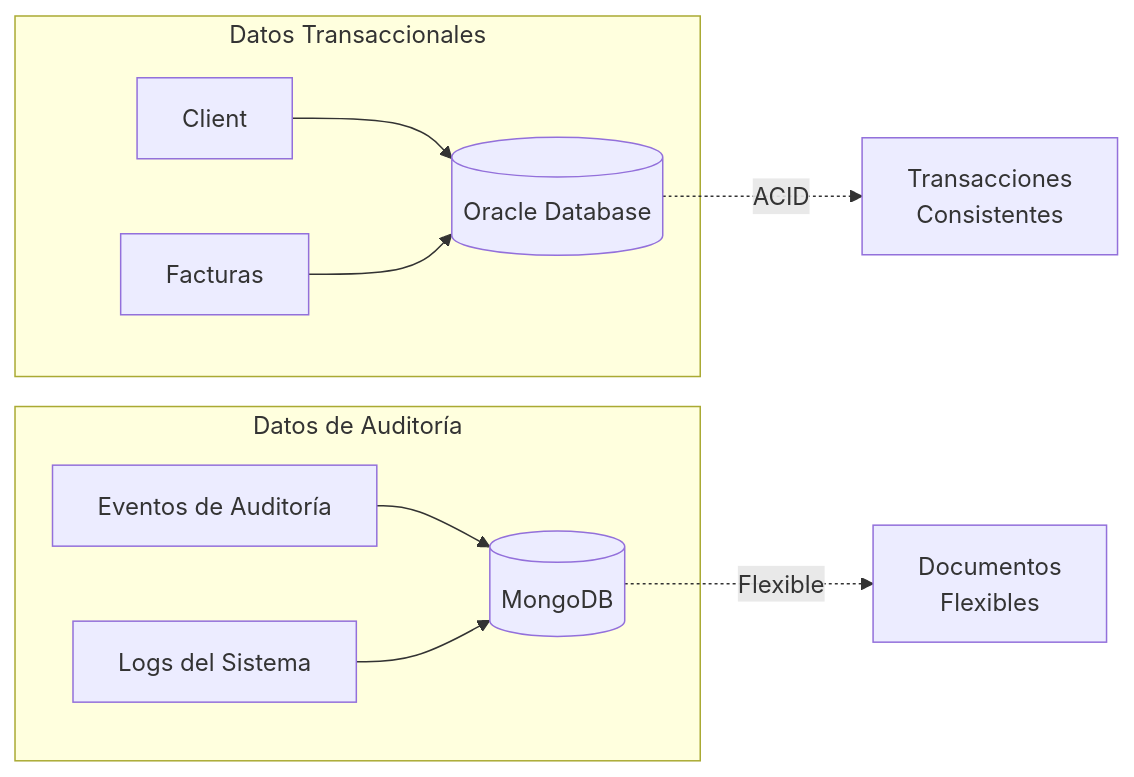
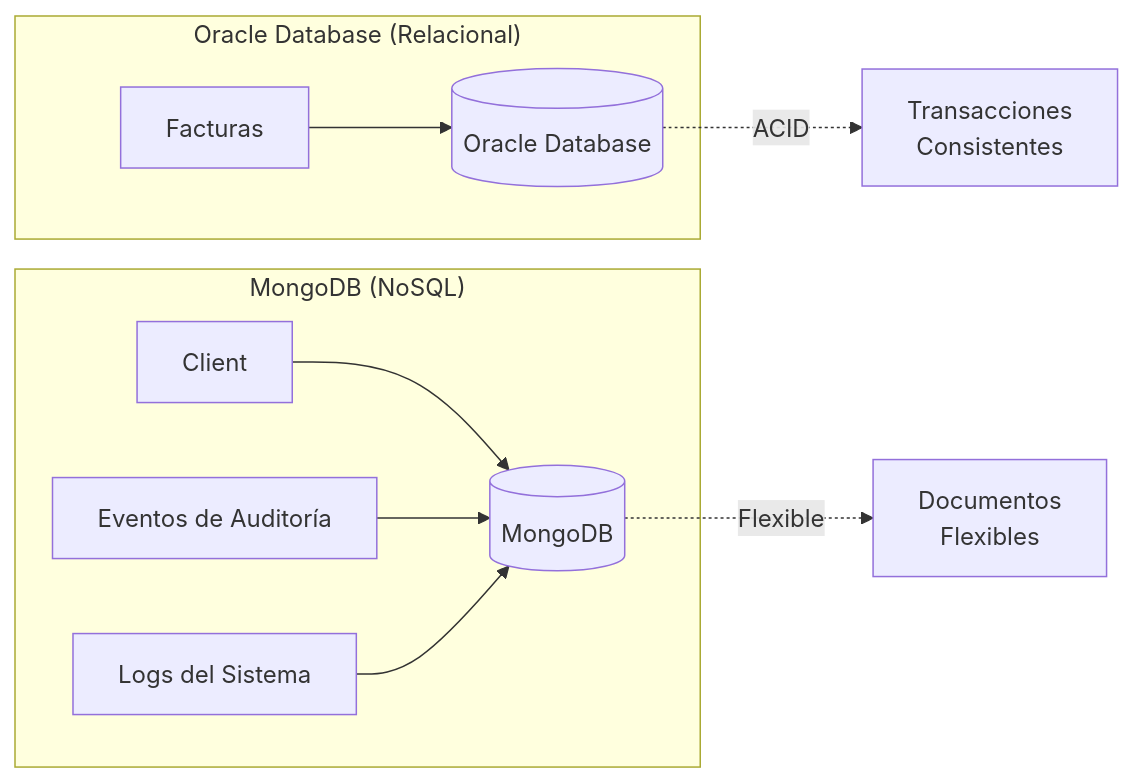
One commit to mailo2202/prueba-tecnica-double-v changed the fifth of 5 diagrams in docs/arquitectura.md. Above: the diagram before and after it, drawn with Mermaid. The commit also changed other lines of this file and 1 other file, not shown here.

Commit message:
change in readme from oracle to mongo for customer service

````diff
--- a/docs/arquitectura.md
+++ b/docs/arquitectura.md
@@ -158,22 +158,22 @@
 ```mermaid
 graph LR
-    subgraph "Datos Transaccionales"
-        CLIENT[Client]
+    subgraph "Oracle Database (Relacional)"
         FACTURAS[Facturas]
         ORACLE[(Oracle Database)]
     end
     
-    subgraph "Datos de Auditoría"
+    subgraph "MongoDB (NoSQL)"
+        CLIENT[Client]
         EVENTOS[Eventos de Auditoría]
         LOGS[Logs del Sistema]
         MONGO[(MongoDB)]
     end
     
-    CLIENT --> ORACLE
     FACTURAS --> ORACLE
+    CLIENT --> MONGO
     EVENTOS --> MONGO
     LOGS --> MONGO
     
     ORACLE -.->|ACID| TRANSACCIONES[Transacciones<br/>Consistentes]
     MONGO -.->|Flexible| DOCUMENTOS[Documentos<br/>Flexibles]
 ```
````
